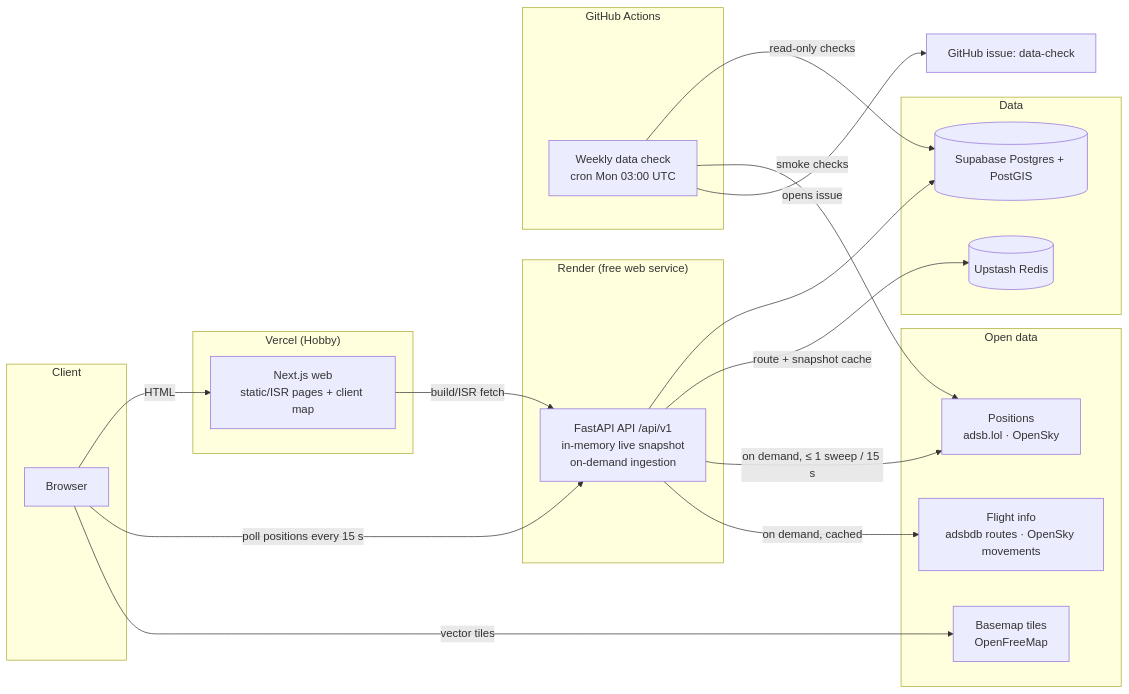
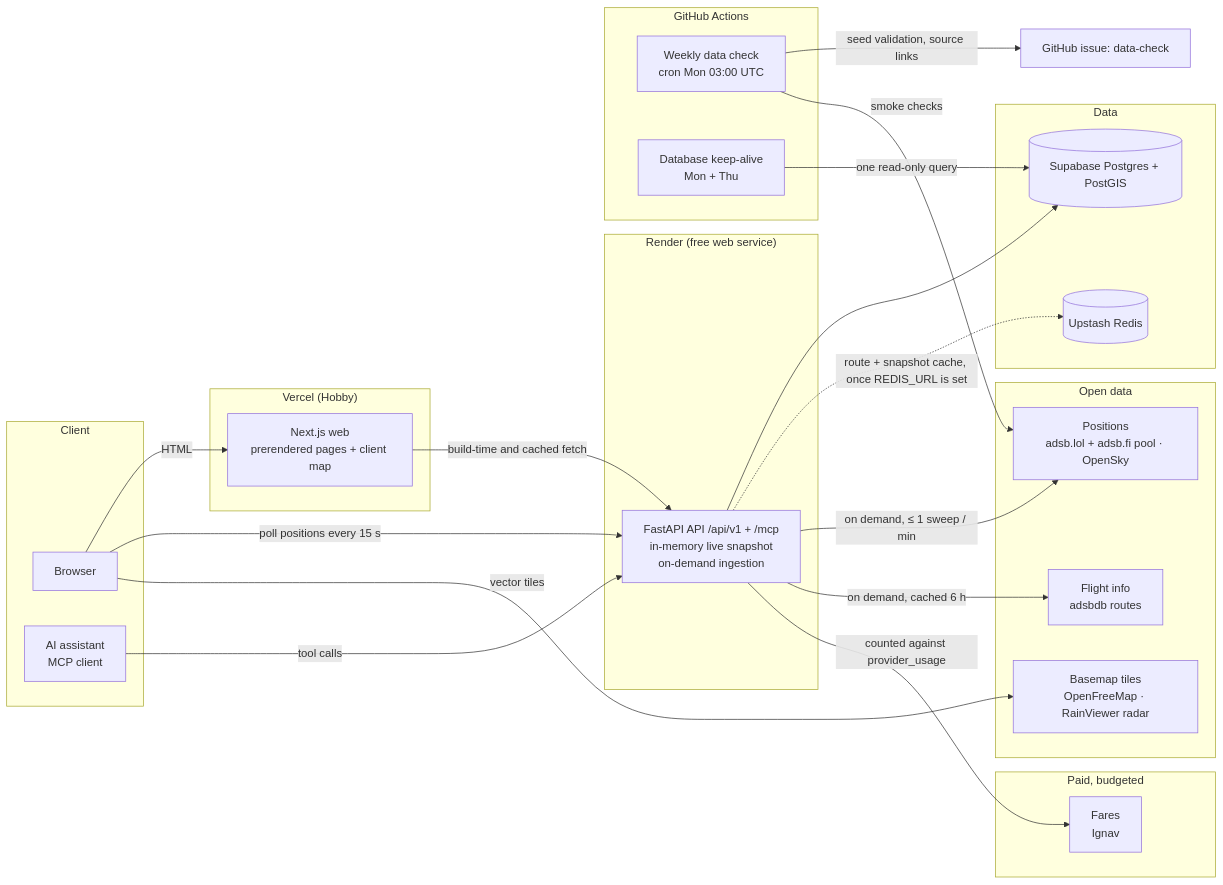
One commit to NagbhushanPai/AeroGuide changed the diagram in docs/architecture/system-architecture.md. Above: the diagram before and after it, drawn with Mermaid. The commit also changed other lines of this file and 12 other files, not shown here.

First line of the commit message:
docs: bring architecture and database docs in line with the deployed code

````diff
--- a/docs/architecture/system-architecture.md
+++ b/docs/architecture/system-architecture.md
@@ -18,36 +18,43 @@
 ```mermaid
 flowchart LR
   subgraph Client
     B[Browser]
+    AI[AI assistant<br/>MCP client]
   end
   subgraph "Vercel (Hobby)"
-    W[Next.js web<br/>static/ISR pages + client map]
+    W[Next.js web<br/>prerendered pages + client map]
   end
   subgraph "Render (free web service)"
-    A[FastAPI API /api/v1<br/>in-memory live snapshot<br/>on-demand ingestion]
+    A[FastAPI API /api/v1 + /mcp<br/>in-memory live snapshot<br/>on-demand ingestion]
   end
   subgraph "GitHub Actions"
     J[Weekly data check<br/>cron Mon 03:00 UTC]
+    K[Database keep-alive<br/>Mon + Thu]
   end
   subgraph Data
     P[(Supabase Postgres + PostGIS)]
     R[(Upstash Redis)]
   end
   subgraph "Open data"
-    FP[Positions<br/>adsb.lol · OpenSky]
-    FI[Flight info<br/>adsbdb routes · OpenSky movements]
-    T[Basemap tiles<br/>OpenFreeMap]
+    FP[Positions<br/>adsb.lol + adsb.fi pool · OpenSky]
+    FI[Flight info<br/>adsbdb routes]
+    T[Basemap tiles<br/>OpenFreeMap · RainViewer radar]
+  end
+  subgraph "Paid, budgeted"
+    IG[Fares<br/>Ignav]
   end
 
   B -->|HTML| W
   B -->|poll positions every 15 s| A
   B -->|vector tiles| T
-  W -->|build/ISR fetch| A
+  AI -->|tool calls| A
+  W -->|build-time and cached fetch| A
   A --> P
-  A -->|route + snapshot cache| R
-  A -->|on demand, ≤ 1 sweep / 15 s| FP
-  A -->|on demand, cached| FI
-  J -->|read-only checks| P
+  A -.->|route + snapshot cache, once REDIS_URL is set| R
+  A -->|on demand, ≤ 1 sweep / min| FP
+  A -->|on demand, cached 6 h| FI
+  A -->|counted against provider_usage| IG
+  J -->|seed validation, source links| GH[GitHub issue: data-check]
   J -->|smoke checks| FP
-  J -->|opens issue| GH[GitHub issue: data-check]
+  K -->|one read-only query| P
 ```
````
